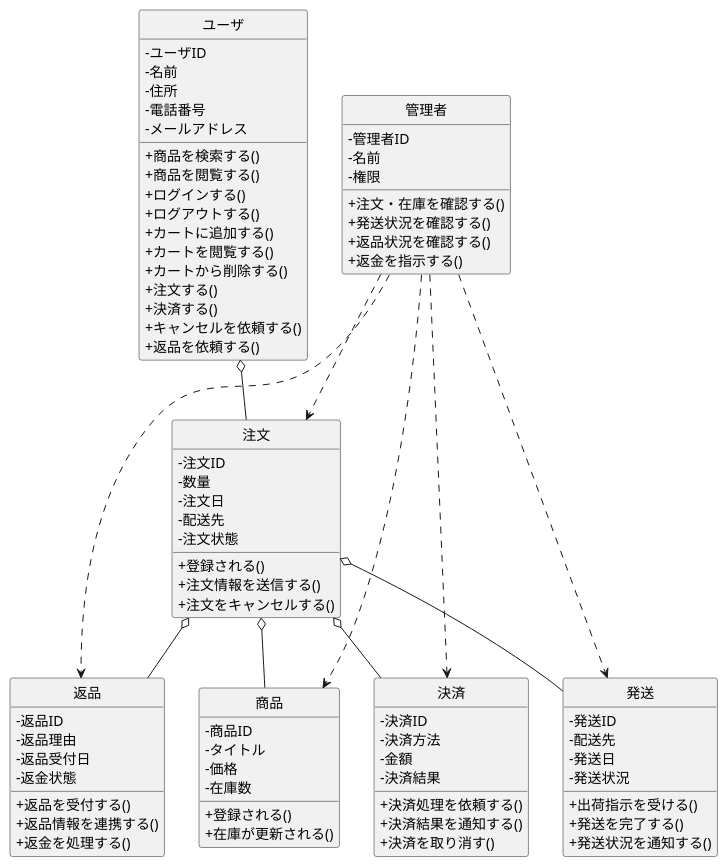
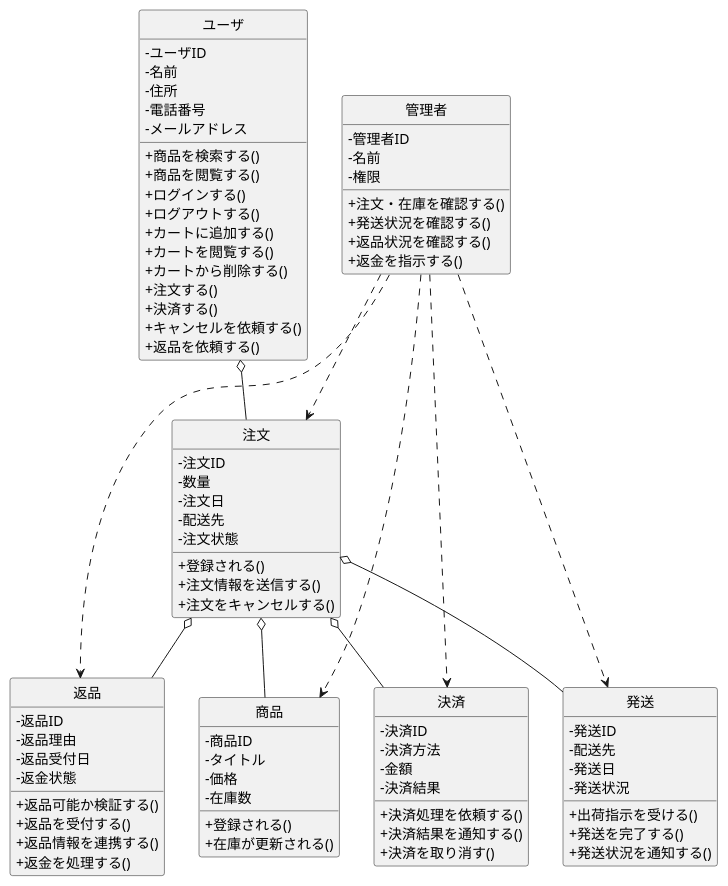
The diagram in BBshop/class.pu (ghbuser12/ohara_uml), drawn with PlantUML before and after one commit. The commit also changed 1 other file, not shown here.

```diff
--- a/BBshop/class.pu
+++ b/BBshop/class.pu
@@ -1,103 +1,104 @@
 @startuml ECサイトクラス図
 skinparam classAttributeIconSize 0
 hide circle
 
 class ユーザ {
  -ユーザID
  -名前
  -住所
  -電話番号
  -メールアドレス
 
  +商品を検索する()
  +商品を閲覧する()
  +ログインする()
  +ログアウトする()
  +カートに追加する()
  +カートを閲覧する()
  +カートから削除する()
  +注文する()
  +決済する()
  +キャンセルを依頼する()
  +返品を依頼する()
 }
 
 class 商品 {
  -商品ID
  -タイトル
  -価格
  -在庫数
 
  +登録される()
  +在庫が更新される()
 }
 
 class 注文 {
  -注文ID
  -数量
  -注文日
  -配送先
  -注文状態
 
  +登録される()
  +注文情報を送信する()
  +注文をキャンセルする()
 }
 
 class 決済 {
  -決済ID
  -決済方法
  -金額
  -決済結果
 
  +決済処理を依頼する()
  +決済結果を通知する()
  +決済を取り消す()
 }
 
 class 発送 {
  -発送ID
  -配送先
  -発送日
  -発送状況
 
  +出荷指示を受ける()
  +発送を完了する()
  +発送状況を通知する()
 }
 
 class 返品 {
  -返品ID
  -返品理由
  -返品受付日
  -返金状態
 
+ +返品可能か検証する()
  +返品を受付する()
  +返品情報を連携する()
  +返金を処理する()
 }
 
 class 管理者 {
  -管理者ID
  -名前
  -権限
 
  +注文・在庫を確認する()
  +発送状況を確認する()
  +返品状況を確認する()
  +返金を指示する()
 }
 
 ' 関連
 ユーザ o-- 注文
 注文 o-- 商品
 注文 o-- 決済
 注文 o-- 発送
 注文 o-- 返品
 管理者 ..> 商品
 管理者 ..> 注文
 管理者 ..> 発送
 管理者 ..> 返品
 管理者 ..> 決済
 
 @enduml
```
